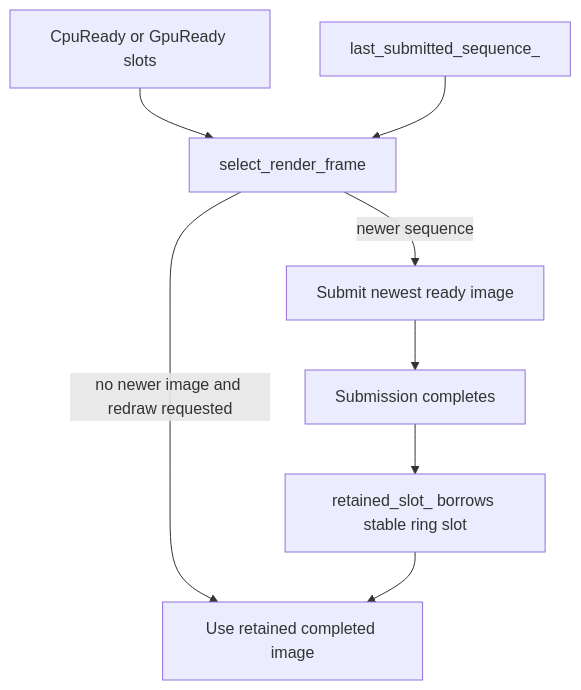
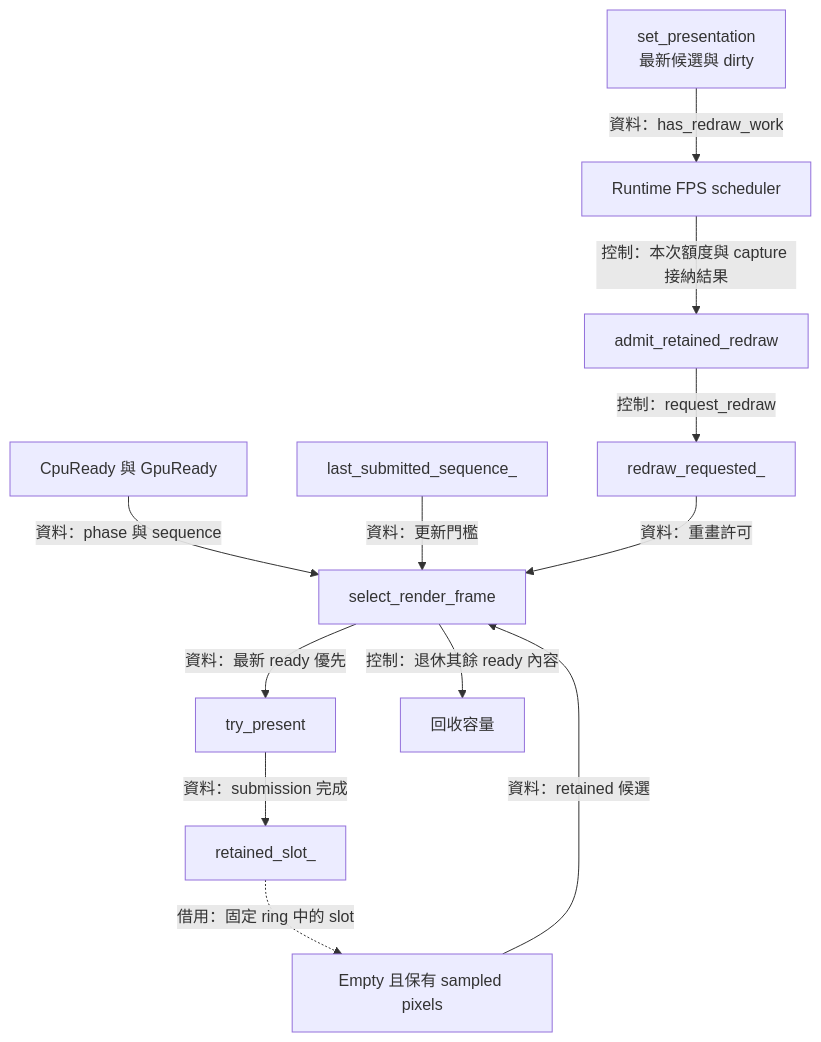
The fifth of 9 diagrams in docs/architecture/renderer.md (Mes0903/avb0795), drawn with Mermaid before and after one commit. The commit also changed other lines of this file and 156 other files, not shown here.

````diff
--- a/docs/architecture/renderer.md
+++ b/docs/architecture/renderer.md
@@ -86,10 +157,14 @@
 ```mermaid
-flowchart TD
-    Candidates[CpuReady or GpuReady slots] --> Select[select_render_frame]
-    Last[last_submitted_sequence_] --> Select
-    Select -->|newer sequence| Newest[Submit newest ready image]
-    Select -->|no newer image and redraw requested| Retained[Use retained completed image]
-    Newest --> Proof[Submission completes]
-    Proof --> Keep[retained_slot_ borrows stable ring slot]
-    Keep --> Retained
+flowchart TB
+    Ready[CpuReady 與 GpuReady] -->|資料：phase 與 sequence| Select[select_render_frame]
+    Last[last_submitted_sequence_] -->|資料：更新門檻| Select
+    Edit[set_presentation<br/>最新候選與 dirty] -->|資料：has_redraw_work| Schedule[Runtime FPS scheduler]
+    Schedule -->|控制：本次額度與 capture 接納結果| Admit[admit_retained_redraw]
+    Admit -->|控制：request_redraw| Redraw[redraw_requested_]
+    Redraw -->|資料：重畫許可| Select
+    Retained[retained_slot_] -.->|借用：固定 ring 中的 slot| Ring[Empty 且保有 sampled pixels]
+    Ring -->|資料：retained 候選| Select
+    Select -->|資料：最新 ready 優先| Submit[try_present]
+    Submit -->|資料：submission 完成| Retained
+    Select -->|控制：退休其餘 ready 內容| Empty[回收容量]
 ```
````
